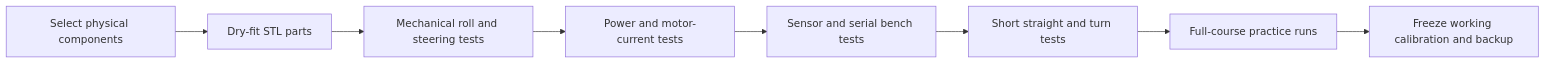
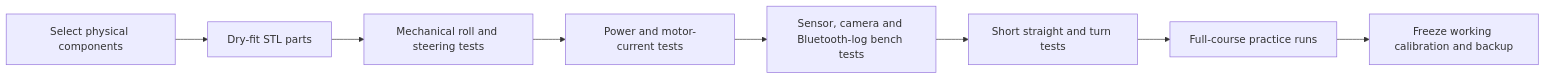
Before and after one commit to SH047/Yo_Cntrl_Alt_Defeat: the fourth of 4 diagrams in README.md, drawn with Mermaid. The commit also changed other lines of this file, not shown here.

````diff
--- a/README.md
+++ b/README.md
@@ -130,10 +230,10 @@
 ```mermaid
 flowchart LR
     A[Select physical components] --> B[Dry-fit STL parts]
     B --> C[Mechanical roll and steering tests]
     C --> D[Power and motor-current tests]
-    D --> E[Sensor and serial bench tests]
+    D --> E[Sensor, camera and Bluetooth-log bench tests]
     E --> F[Short straight and turn tests]
     F --> G[Full-course practice runs]
     G --> H[Freeze working calibration and backup]
 ```
````
